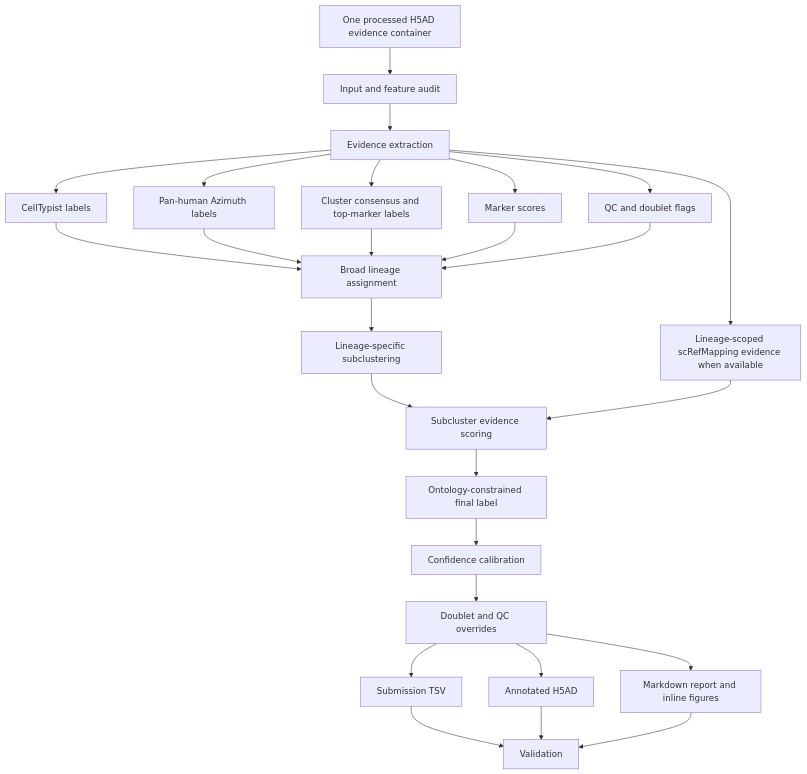
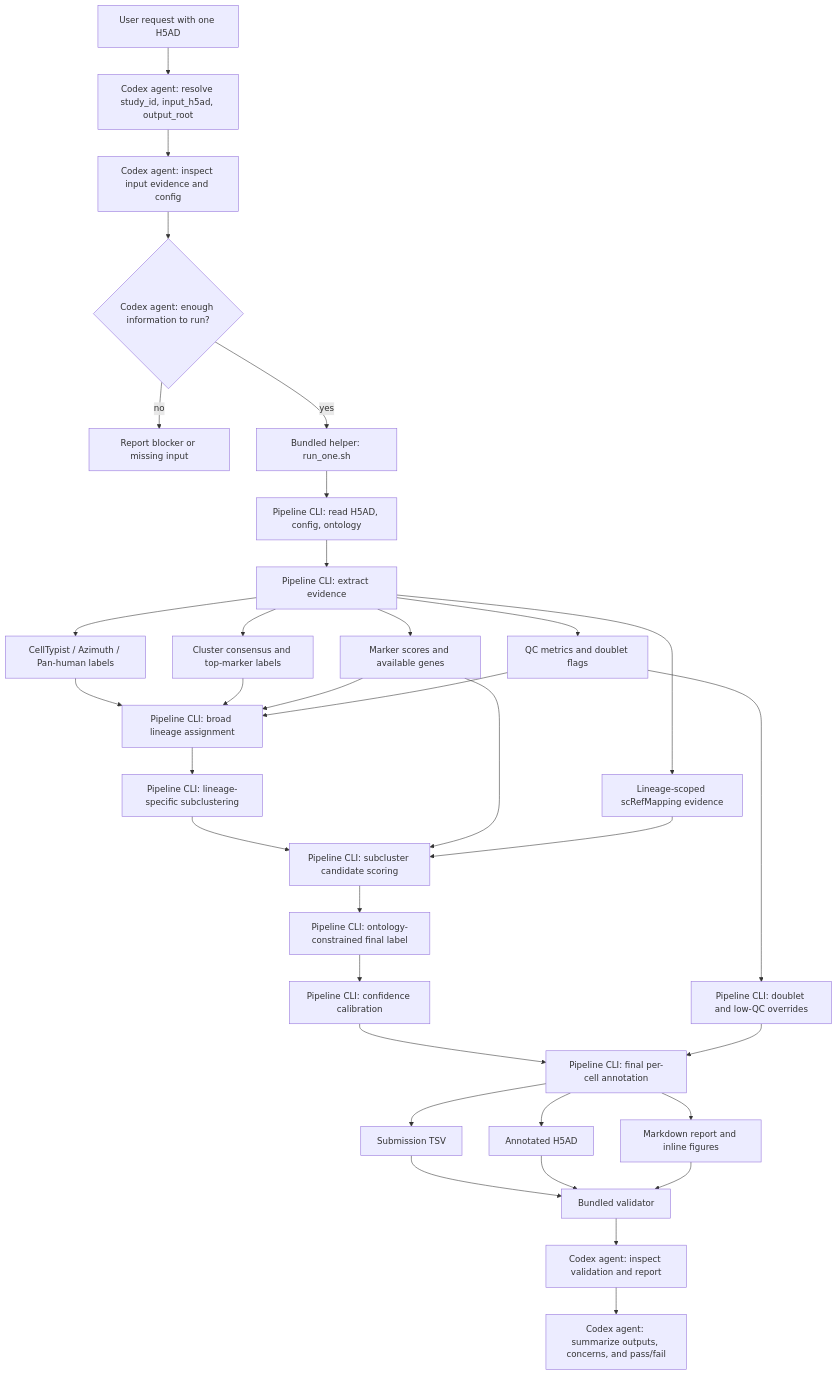
The diagram in README.md (yyoshiaki/hipc-scrna-seq-annotation-submission), drawn with Mermaid before and after one commit. The commit also changed other lines of this file and 1 other file, not shown here.

Commit message:
Consolidate annotation strategy into README

````diff
--- a/README.md
+++ b/README.md
@@ -78,28 +102,39 @@
 ```mermaid
 flowchart TD
-    A[One processed H5AD evidence container] --> B[Input and feature audit]
-    B --> C[Evidence extraction]
-    C --> C1[CellTypist labels]
-    C --> C2[Pan-human Azimuth labels]
-    C --> C3[Cluster consensus and top-marker labels]
-    C --> C4[Marker scores]
-    C --> C5[QC and doublet flags]
-    C --> C6[Lineage-scoped scRefMapping evidence when available]
-    C1 --> D[Broad lineage assignment]
-    C2 --> D
-    C3 --> D
-    C4 --> D
-    C5 --> D
-    D --> E[Lineage-specific subclustering]
-    E --> F[Subcluster evidence scoring]
-    C6 --> F
-    F --> G[Ontology-constrained final label]
-    G --> H[Confidence calibration]
-    H --> I[Doublet and QC overrides]
-    I --> J[Submission TSV]
-    I --> K[Annotated H5AD]
-    I --> L[Markdown report and inline figures]
-    J --> M[Validation]
-    K --> M
-    L --> M
+    U[User request with one H5AD] --> A0[Codex agent: resolve study_id, input_h5ad, output_root]
+    A0 --> A1[Codex agent: inspect input evidence and config]
+    A1 --> A2{Codex agent: enough information to run?}
+    A2 -- no --> A3[Report blocker or missing input]
+    A2 -- yes --> H0[Bundled helper: run_one.sh]
+
+    H0 --> P0[Pipeline CLI: read H5AD, config, ontology]
+    P0 --> P1[Pipeline CLI: extract evidence]
+    P1 --> E1[CellTypist / Azimuth / Pan-human labels]
+    P1 --> E2[Cluster consensus and top-marker labels]
+    P1 --> E3[Marker scores and available genes]
+    P1 --> E4[QC metrics and doublet flags]
+    P1 --> E5[Lineage-scoped scRefMapping evidence]
+
+    E1 --> B[Pipeline CLI: broad lineage assignment]
+    E2 --> B
+    E3 --> B
+    E4 --> B
+    B --> S[Pipeline CLI: lineage-specific subclustering]
+    S --> C[Pipeline CLI: subcluster candidate scoring]
+    E3 --> C
+    E5 --> C
+    C --> L[Pipeline CLI: ontology-constrained final label]
+    L --> Q[Pipeline CLI: confidence calibration]
+    E4 --> O[Pipeline CLI: doublet and low-QC overrides]
+    Q --> F[Pipeline CLI: final per-cell annotation]
+    O --> F
+
+    F --> T1[Submission TSV]
+    F --> T2[Annotated H5AD]
+    F --> T3[Markdown report and inline figures]
+    T1 --> V[Bundled validator]
+    T2 --> V
+    T3 --> V
+    V --> R0[Codex agent: inspect validation and report]
+    R0 --> R1[Codex agent: summarize outputs, concerns, and pass/fail]
 ```
````
